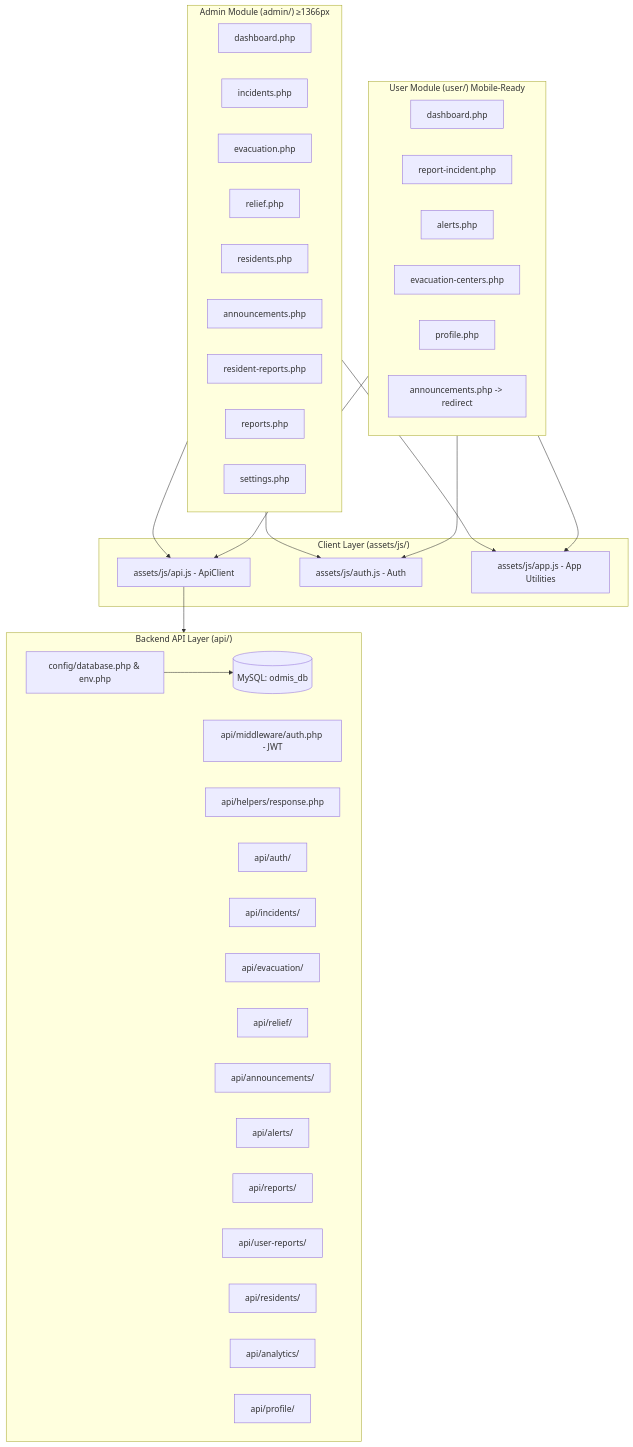
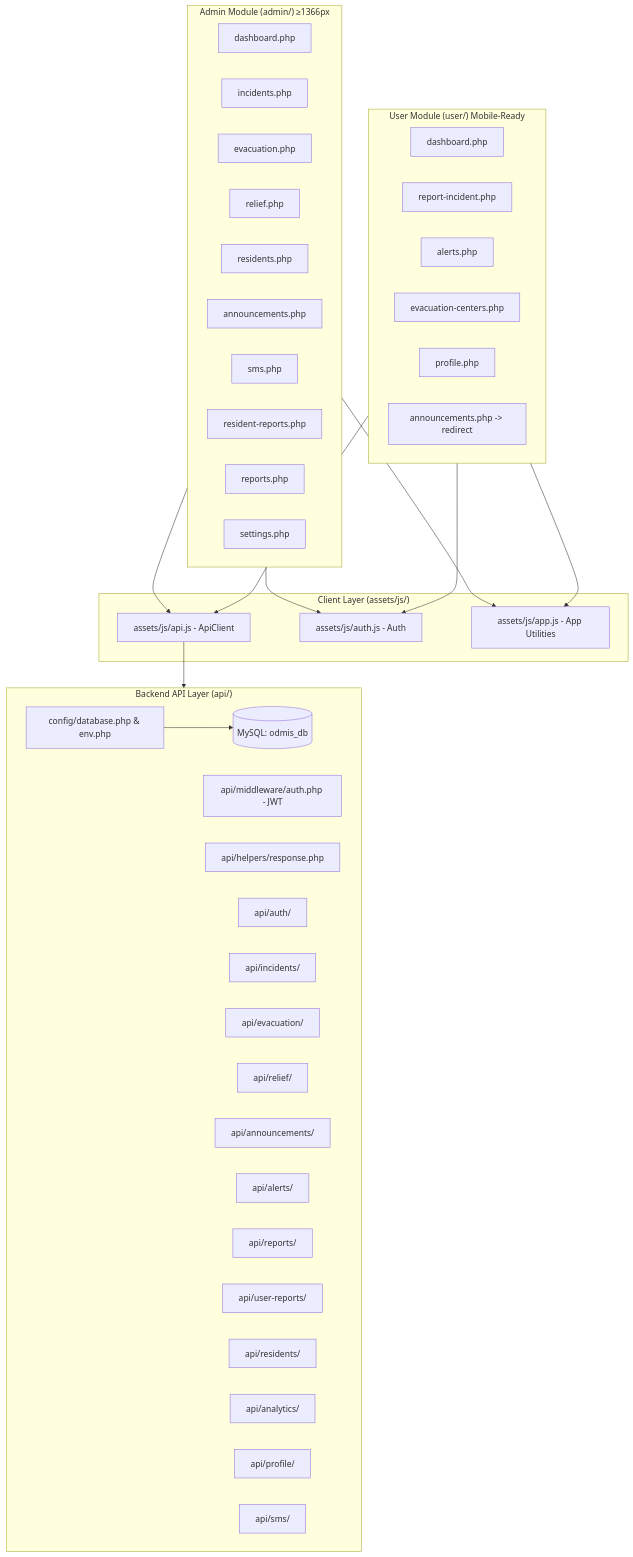
Before and after one commit to Glenn-IT/ODMIS-Online-Disaster-Management-Information-System: the first of 2 diagrams in SYSTEM_MEMORY.md, drawn with Mermaid. The commit also changed other lines of this file and 23 other files, not shown here.

````diff
--- a/SYSTEM_MEMORY.md
+++ b/SYSTEM_MEMORY.md
@@ -11,57 +11,59 @@
 ```mermaid
 graph TD
     DB[(MySQL: odmis_db)]
     
     subgraph Backend ["Backend API Layer (api/)"]
         CFG[config/database.php & env.php] --> DB
         MW[api/middleware/auth.php - JWT]
         HLP[api/helpers/response.php]
         
         API_AUTH[api/auth/]
         API_INC[api/incidents/]
         API_EVAC[api/evacuation/]
         API_REL[api/relief/]
         API_ANN[api/announcements/]
         API_ALT[api/alerts/]
         API_REP[api/reports/]
         API_UREP[api/user-reports/]
         API_RES[api/residents/]
         API_ANA[api/analytics/]
         API_PROF[api/profile/]
+        API_SMS[api/sms/]
     end
     
     subgraph Client ["Client Layer (assets/js/)"]
         API_CLIENT[assets/js/api.js - ApiClient]
         AUTH_JS[assets/js/auth.js - Auth]
         APP_JS[assets/js/app.js - App Utilities]
     end
     
     subgraph AdminUI ["Admin Module (admin/) ≥1366px"]
         ADM_DASH[dashboard.php]
         ADM_INC[incidents.php]
         ADM_EVAC[evacuation.php]
         ADM_REL[relief.php]
         ADM_RES[residents.php]
         ADM_ANN[announcements.php]
+        ADM_SMS[sms.php]
         ADM_UREP[resident-reports.php]
         ADM_REP[reports.php]
         ADM_SET[settings.php]
     end
     
     subgraph UserUI ["User Module (user/) Mobile-Ready"]
         USR_DASH[dashboard.php]
         USR_REP[report-incident.php]
         USR_ALT[alerts.php]
         USR_EVAC[evacuation-centers.php]
         USR_PROF[profile.php]
         USR_ANN[announcements.php -> redirect]
     end
 
     API_CLIENT --> Backend
     AdminUI --> API_CLIENT
     AdminUI --> AUTH_JS
     AdminUI --> APP_JS
     UserUI --> API_CLIENT
     UserUI --> AUTH_JS
     UserUI --> APP_JS
 ```
````
